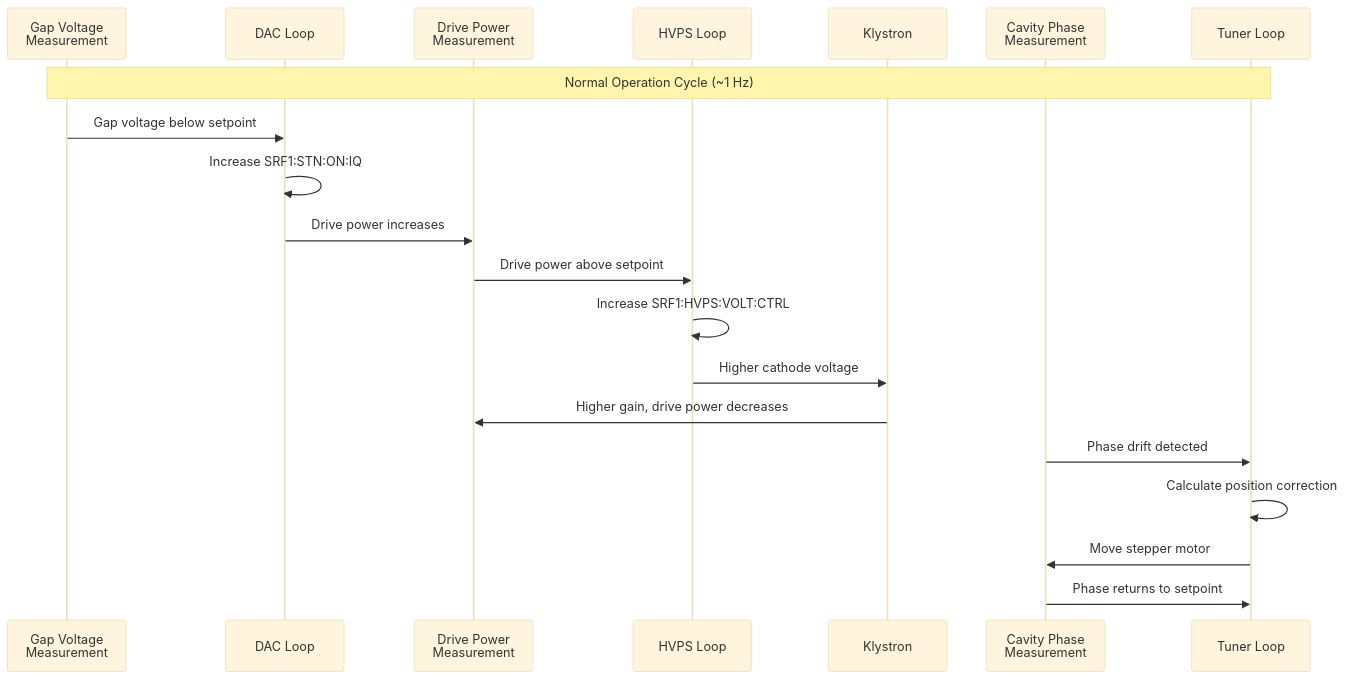
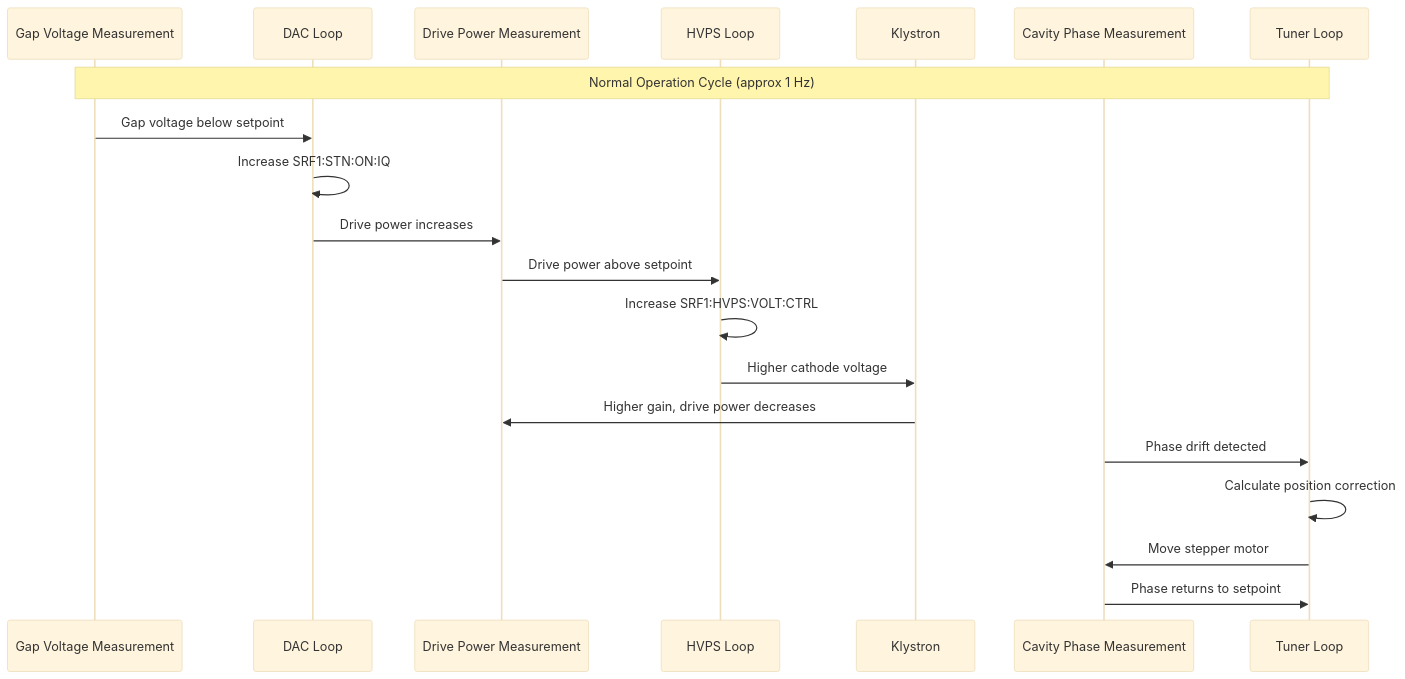
The fourth of 18 diagrams in SPEAR3_LLRF_COMPREHENSIVE_ANALYSIS.md (fayaw/spearlegacyLLRF), drawn with Mermaid (base theme) before and after one commit. The commit also changed other lines of this file, not shown here.

First line of the commit message:
Fix Mermaid diagram syntax errors

````diff
--- a/SPEAR3_LLRF_COMPREHENSIVE_ANALYSIS.md
+++ b/SPEAR3_LLRF_COMPREHENSIVE_ANALYSIS.md
@@ -188,26 +188,26 @@
 ```mermaid
 sequenceDiagram
-    participant Gap as Gap Voltage<br/>Measurement
-    participant DAC as DAC Loop
-    participant Drive as Drive Power<br/>Measurement
-    participant HVPS as HVPS Loop
-    participant Klystron as Klystron
-    participant Cavity as Cavity Phase<br/>Measurement
-    participant Tuner as Tuner Loop
-    
-    Note over Gap,Tuner: Normal Operation Cycle (~1 Hz)
-    
-    Gap->>DAC: Gap voltage below setpoint
-    DAC->>DAC: Increase SRF1:STN:ON:IQ
-    DAC->>Drive: Drive power increases
-    
-    Drive->>HVPS: Drive power above setpoint
-    HVPS->>HVPS: Increase SRF1:HVPS:VOLT:CTRL
-    HVPS->>Klystron: Higher cathode voltage
-    Klystron->>Drive: Higher gain, drive power decreases
-    
-    Cavity->>Tuner: Phase drift detected
-    Tuner->>Tuner: Calculate position correction
-    Tuner->>Cavity: Move stepper motor
-    Cavity->>Tuner: Phase returns to setpoint
+ participant Gap as Gap Voltage Measurement
+ participant DAC as DAC Loop
+ participant Drive as Drive Power Measurement
+ participant HVPS as HVPS Loop
+ participant Klystron as Klystron
+ participant Cavity as Cavity Phase Measurement
+ participant Tuner as Tuner Loop
+ 
+ Note over Gap,Tuner: Normal Operation Cycle (approx 1 Hz)
+ 
+ Gap->>DAC: Gap voltage below setpoint
+ DAC->>DAC: Increase SRF1:STN:ON:IQ
+ DAC->>Drive: Drive power increases
+ 
+ Drive->>HVPS: Drive power above setpoint
+ HVPS->>HVPS: Increase SRF1:HVPS:VOLT:CTRL
+ HVPS->>Klystron: Higher cathode voltage
+ Klystron->>Drive: Higher gain, drive power decreases
+ 
+ Cavity->>Tuner: Phase drift detected
+ Tuner->>Tuner: Calculate position correction
+ Tuner->>Cavity: Move stepper motor
+ Cavity->>Tuner: Phase returns to setpoint
 ```
````
